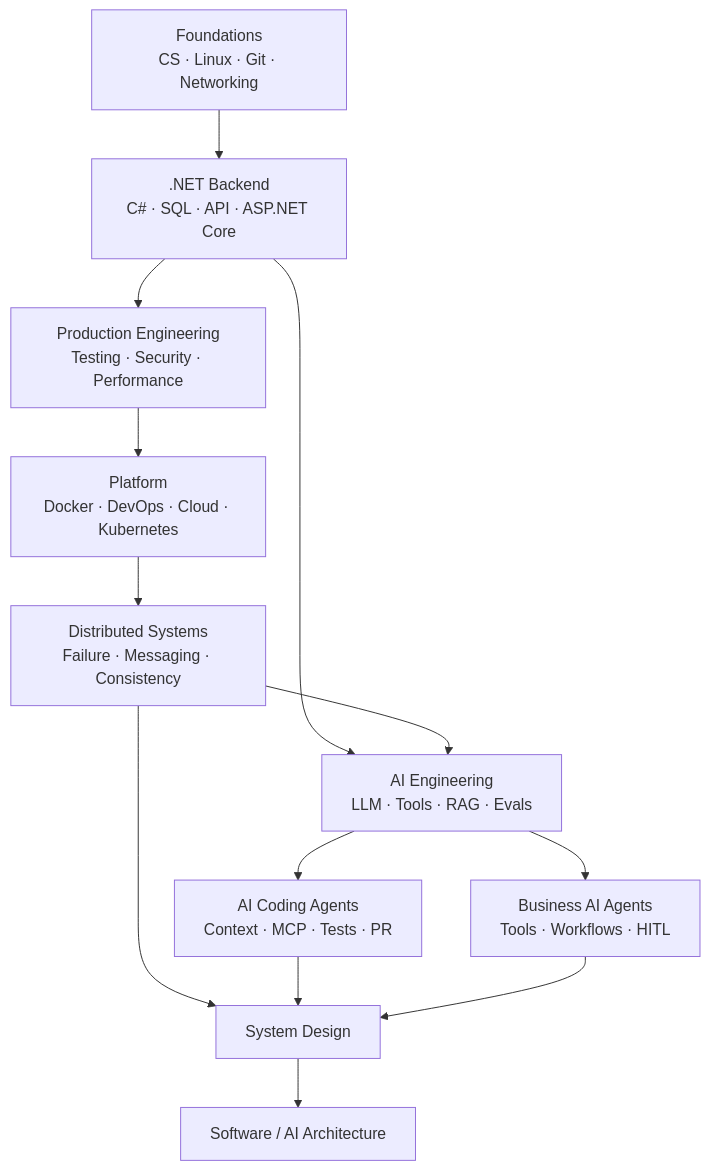
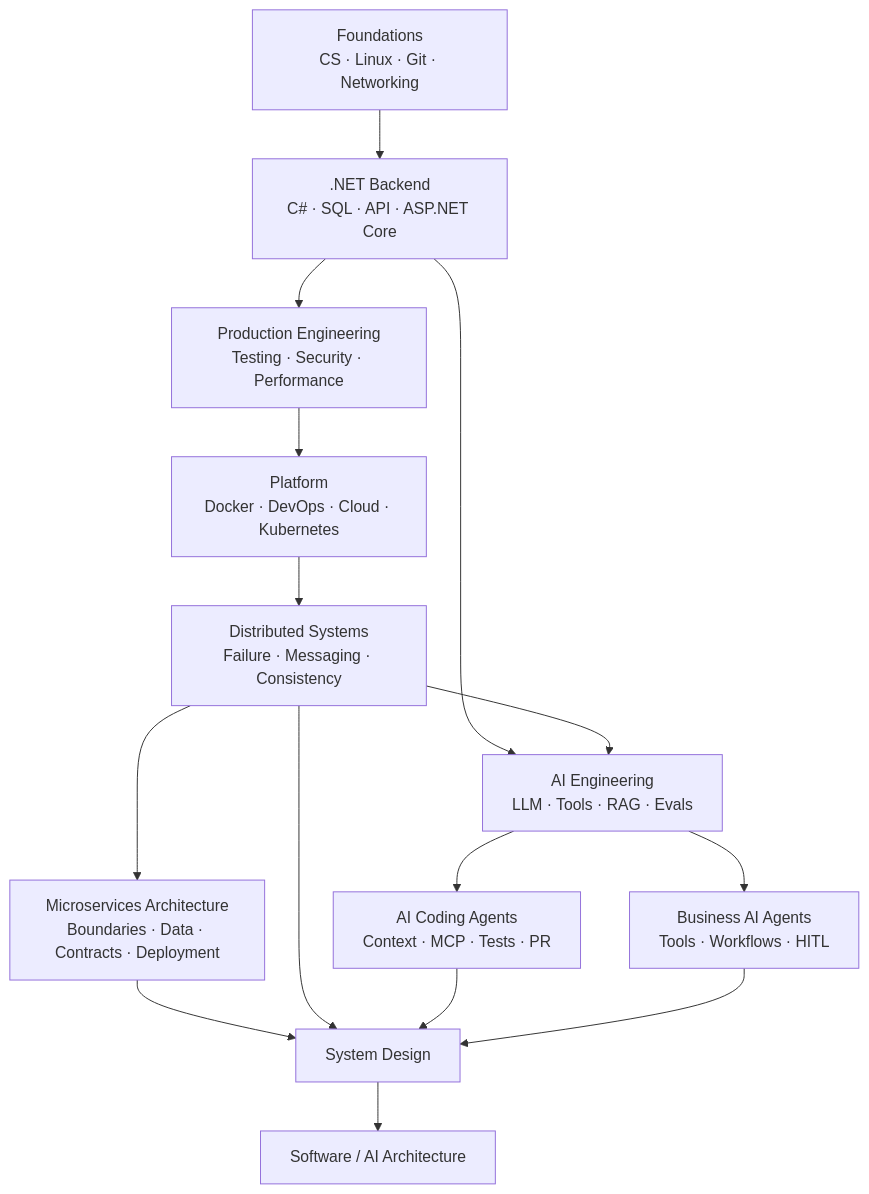
The diagram in docs/00-roadmap/master-roadmap.md (Trinhduyet/trinhduyet.github.io), drawn with Mermaid before and after one commit. The commit also changed other lines of this file and 11 other files, not shown here.

First line of the commit message:
docs: add code-first Microservices Architecture module

````diff
--- a/docs/00-roadmap/master-roadmap.md
+++ b/docs/00-roadmap/master-roadmap.md
@@ -29,15 +29,17 @@
 ```mermaid
 flowchart TD
     F[Foundations\nCS · Linux · Git · Networking] --> B[.NET Backend\nC# · SQL · API · ASP.NET Core]
     B --> P[Production Engineering\nTesting · Security · Performance]
     P --> PL[Platform\nDocker · DevOps · Cloud · Kubernetes]
     PL --> D[Distributed Systems\nFailure · Messaging · Consistency]
+    D --> M[Microservices Architecture\nBoundaries · Data · Contracts · Deployment]
     B --> AI[AI Engineering\nLLM · Tools · RAG · Evals]
     D --> AI
+    M --> SD[System Design]
+    D --> SD
     AI --> CA[AI Coding Agents\nContext · MCP · Tests · PR]
     AI --> BA[Business AI Agents\nTools · Workflows · HITL]
-    D --> SD[System Design]
     CA --> SD
     BA --> SD
     SD --> A[Software / AI Architecture]
 ```
````
